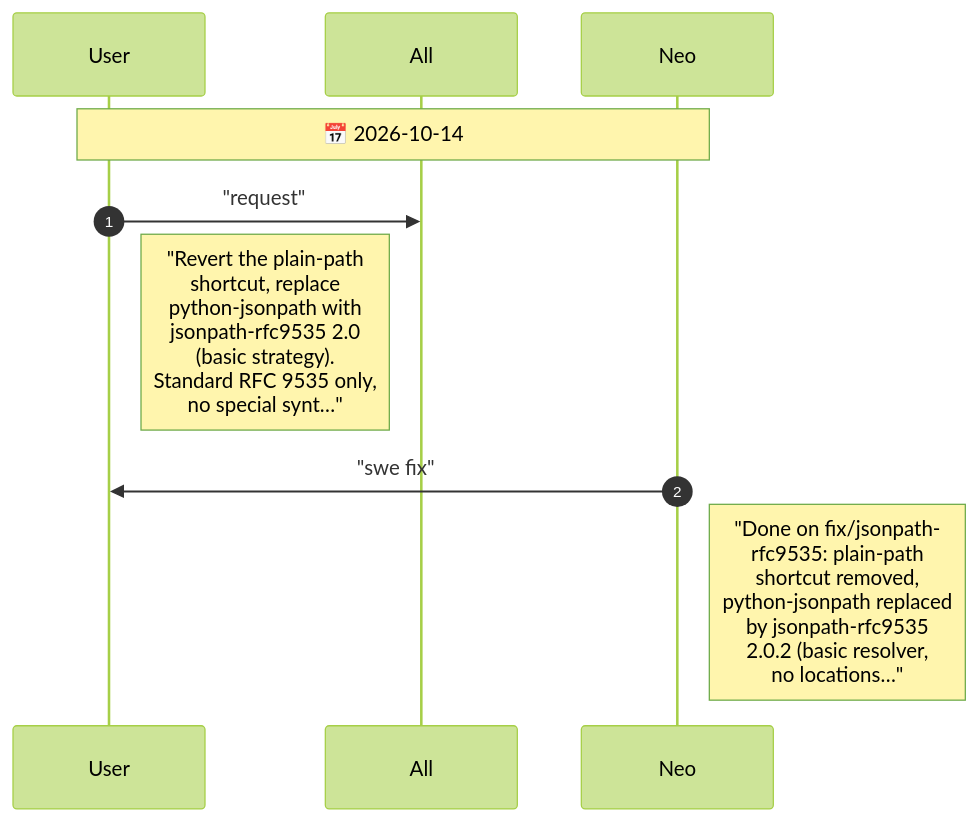
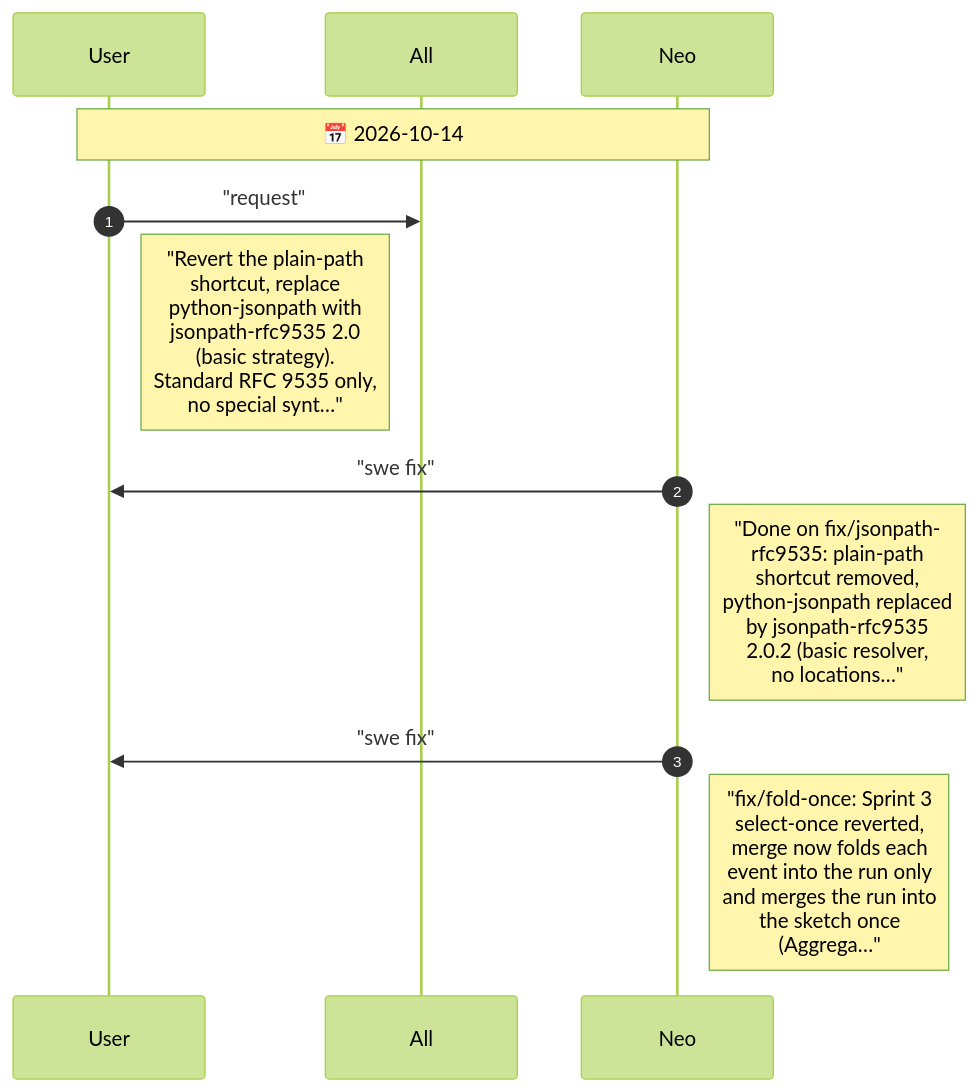
One commit to drusifer/sketch-tastic changed the diagram in agents/CHAT.diagram.md. Above: the diagram before and after it, drawn with Mermaid (forest theme). The commit also changed 6 other files, not shown here.

First line of the commit message:
perf: fold each event once, into the run, then merge the run

````diff
--- a/agents/CHAT.diagram.md
+++ b/agents/CHAT.diagram.md
@@ -5,13 +5,15 @@
 ```mermaid
 %%{init: {"sequence": {"messageFontSize": 14, "noteFontSize": 18, "actorFontSize": 14}}}%%
 sequenceDiagram
     autonumber
     participant User
     participant All
     participant Neo
     Note over User,Neo: 📅 2026-10-14
     User->>All: "request"
     Note right of User: "Revert the plain-path<br/>shortcut, replace<br/>python-jsonpath with<br/>jsonpath-rfc9535 2.0<br/>(basic strategy).<br/>Standard RFC 9535 only,<br/>no special synt…"
     Neo->>User: "swe fix"
     Note right of Neo: "Done on fix/jsonpath-<br/>rfc9535: plain-path<br/>shortcut removed,<br/>python-jsonpath replaced<br/>by jsonpath-rfc9535<br/>2.0.2 (basic resolver,<br/>no locations…"
+    Neo->>User: "swe fix"
+    Note right of Neo: "fix/fold-once: Sprint 3<br/>select-once reverted,<br/>merge now folds each<br/>event into the run only<br/>and merges the run into<br/>the sketch once<br/>(Aggrega…"
 ```
````
